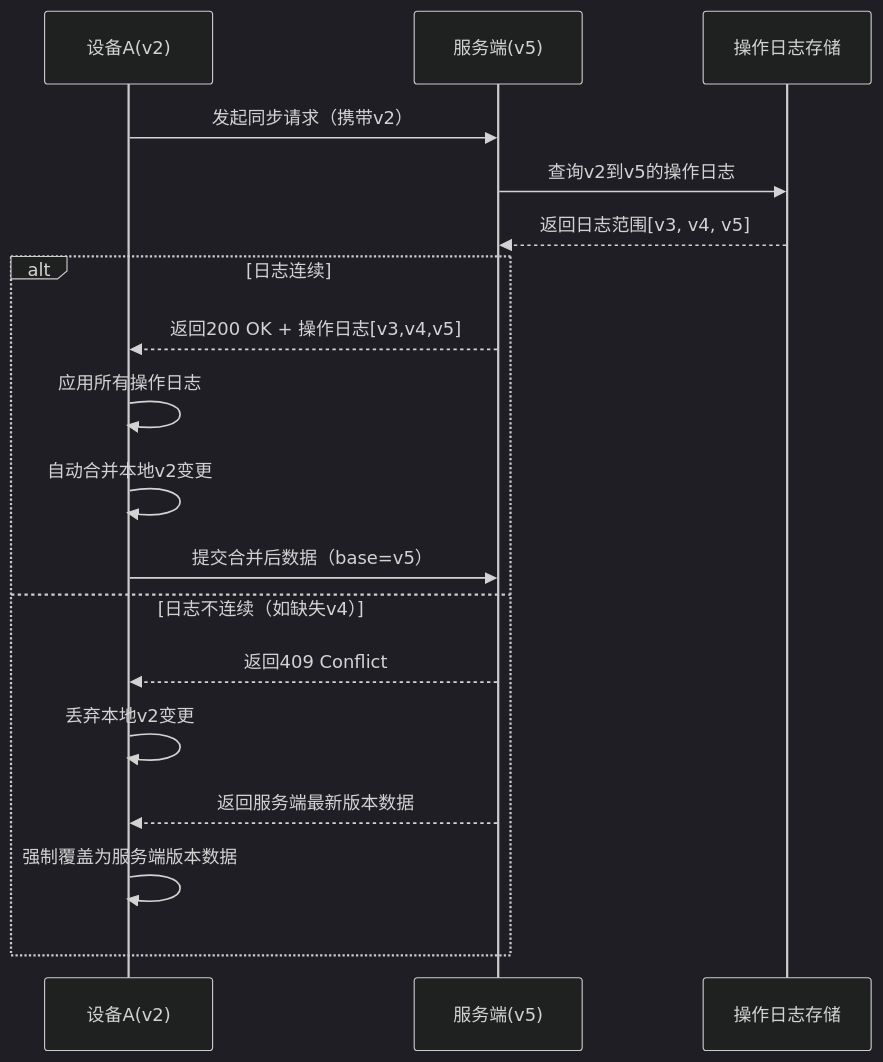
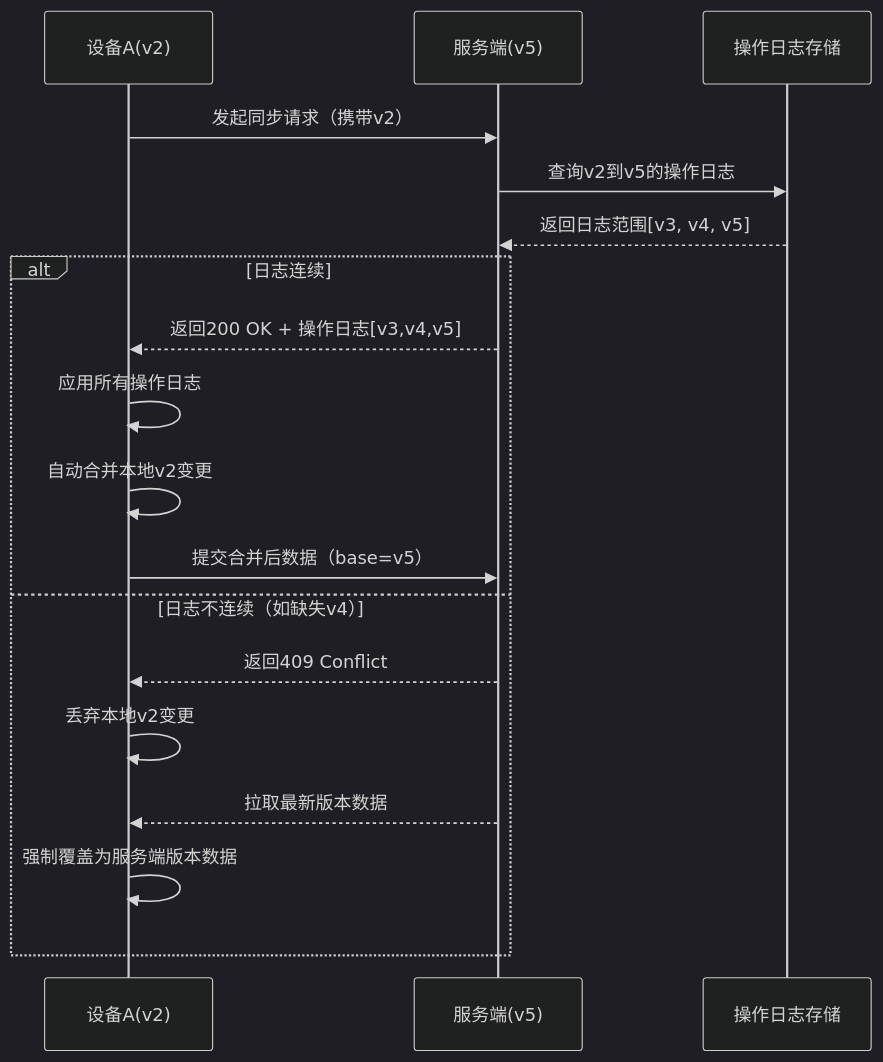
Before and after one commit to yingjianzh/iodraw-files: the diagram in all/未命名-24.md, drawn with Mermaid (dark theme).

Commit message:
2025-02-24 16:25:56 update

````diff
--- a/all/未命名-24.md
+++ b/all/未命名-24.md
@@ -1,26 +1,26 @@
 ```mermaid
 
 sequenceDiagram
     participant A as 设备A(v2)
     participant S as 服务端(v5)
     participant DB as 操作日志存储
 
 
 
     A->>S: 发起同步请求（携带v2）
     S->>DB: 查询v2到v5的操作日志
     DB-->>S: 返回日志范围[v3, v4, v5]
     
     alt 日志连续
         S-->>A: 返回200 OK + 操作日志[v3,v4,v5]
         A->>A: 应用所有操作日志
         A->>A: 自动合并本地v2变更
         A->>S: 提交合并后数据（base=v5）
     else 日志不连续（如缺失v4）
         S-->>A: 返回409 Conflict
         A->>A: 丢弃本地v2变更
-        S-->>A: 返回服务端最新版本数据
+        S-->>A: 拉取最新版本数据
         A->>A: 强制覆盖为服务端版本数据
     end
 
 ```
````
